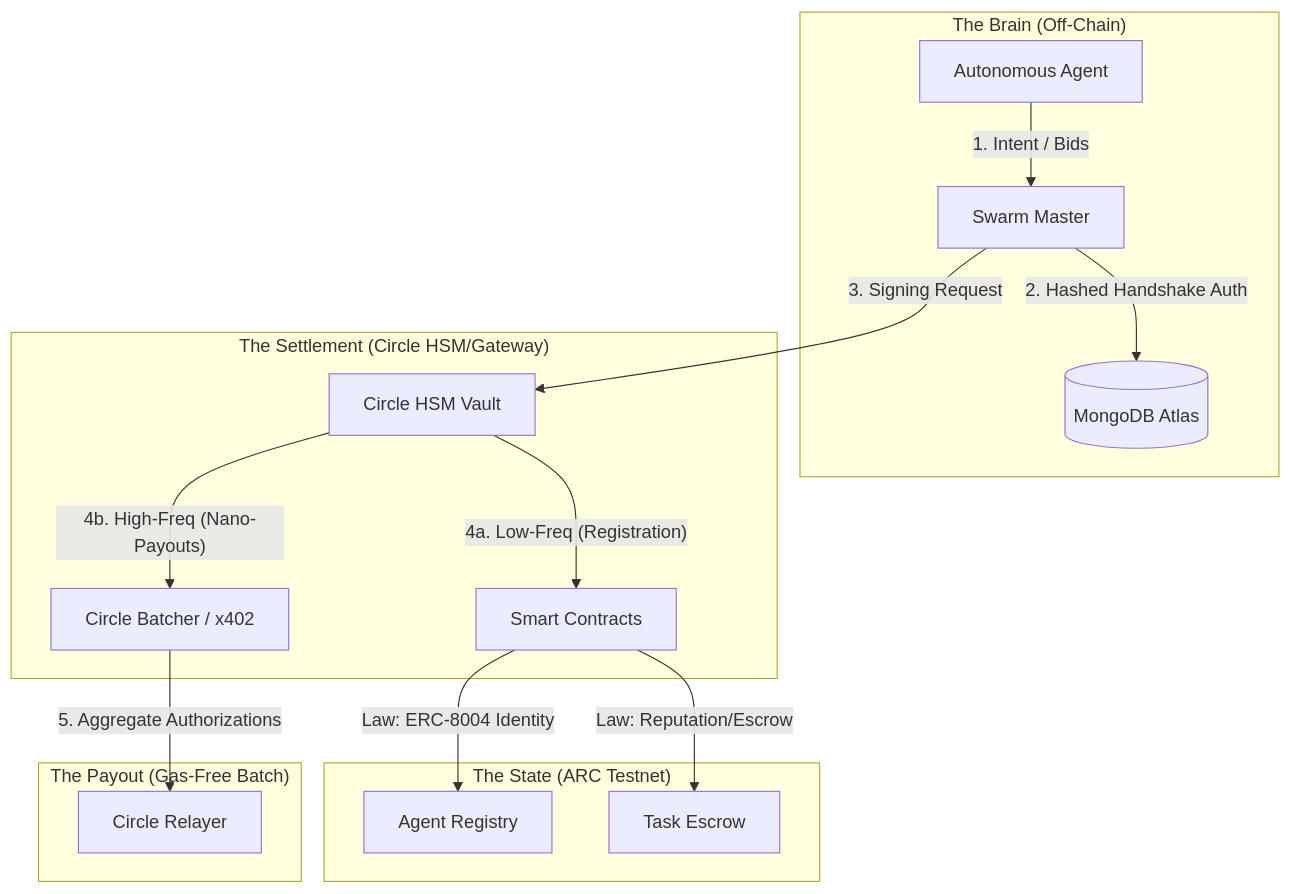
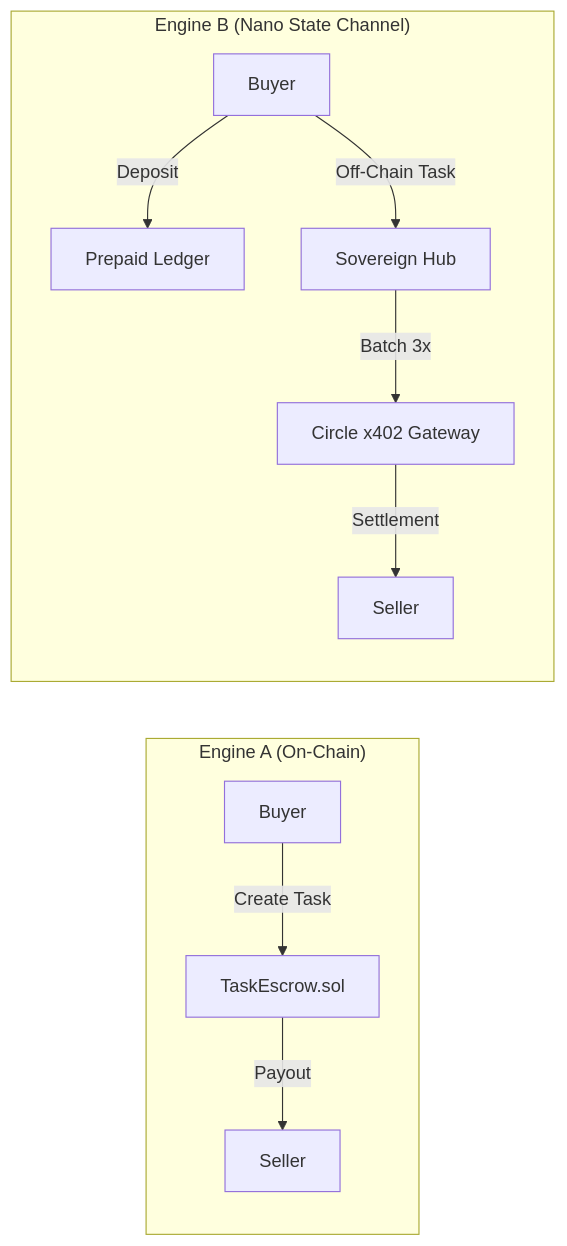
One commit to ay-web3/arc-agent-economy changed the diagram in README.md. Above: the diagram before and after it, drawn with Mermaid. The commit also changed other lines of this file, not shown here.

Commit message:
docs: Update README with professional Nano architecture and Triple-Layer Security

````diff
--- a/README.md
+++ b/README.md
@@ -27,23 +38,14 @@
 ```mermaid
-graph TD
-    subgraph "The Brain (Off-Chain)"
-        A[Autonomous Agent] -- "1. Intent / Bids" --> SM[Swarm Master]
-        SM -- "2. Hashed Handshake Auth" --> DB[(MongoDB Atlas)]
+graph LR
+    subgraph "Engine A (On-Chain)"
+        A1[Buyer] -->|Create Task| SC[TaskEscrow.sol]
+        SC -->|Payout| S1[Seller]
     end
 
-    subgraph "The Settlement (Circle HSM/Gateway)"
-        SM -- "3. Signing Request" --> HSM[Circle HSM Vault]
-        HSM -- "4a. Low-Freq (Registration)" --> ARC
-        HSM -- "4b. High-Freq (Nano-Payouts)" --> CB[Circle Batcher / x402]
-    end
-
-    subgraph "The State (ARC Testnet)"
-        ARC[Smart Contracts]
-        ARC -- "Law: ERC-8004 Identity" --> AR[Agent Registry]
-        ARC -- "Law: Reputation/Escrow" --> TE[Task Escrow]
-    end
-
-    subgraph "The Payout (Gas-Free Batch)"
-        CB -- "5. Aggregate Authorizations" --> CP[Circle Relayer]
+    subgraph "Engine B (Nano State Channel)"
+        A2[Buyer] -->|Deposit| PL[Prepaid Ledger]
+        A2 -->|Off-Chain Task| HUB[Sovereign Hub]
+        HUB -->|Batch 3x| CW[Circle x402 Gateway]
+        CW -->|Settlement| S2[Seller]
     end
 ```
````
